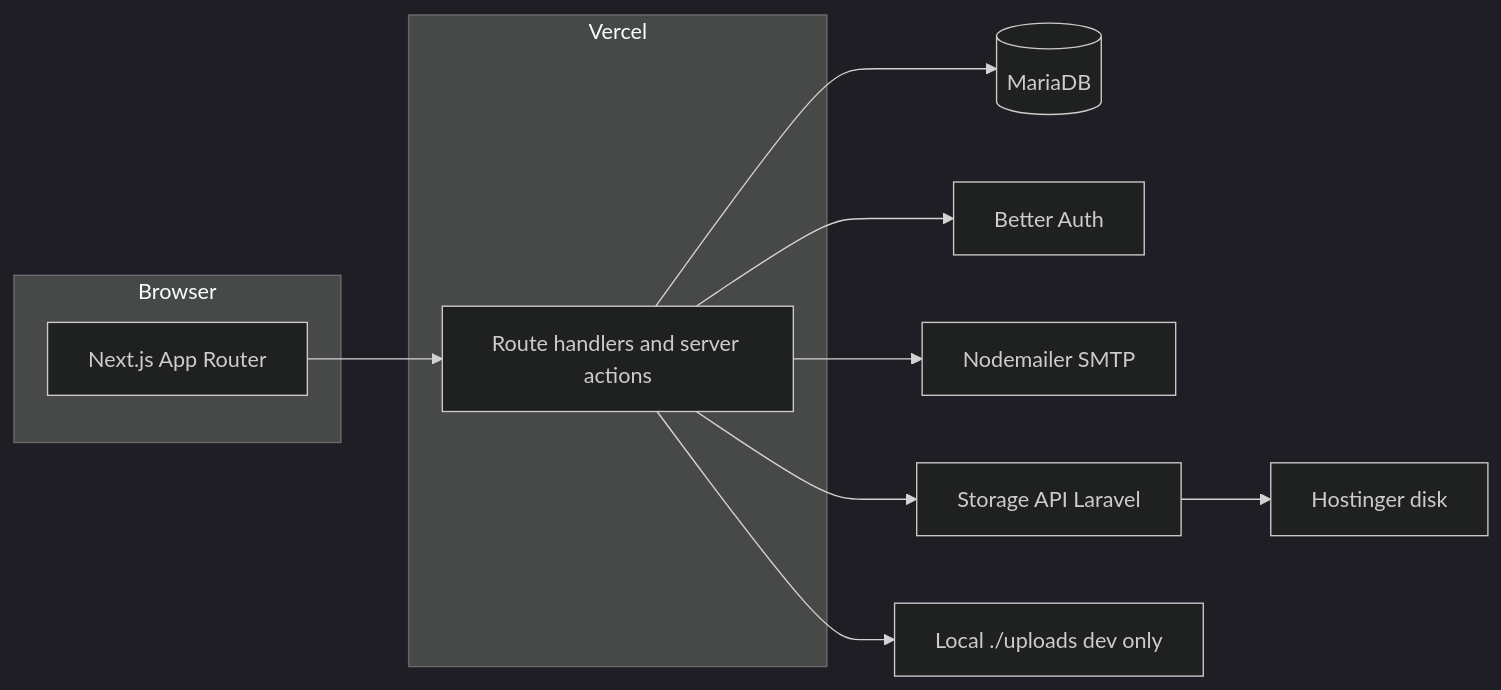
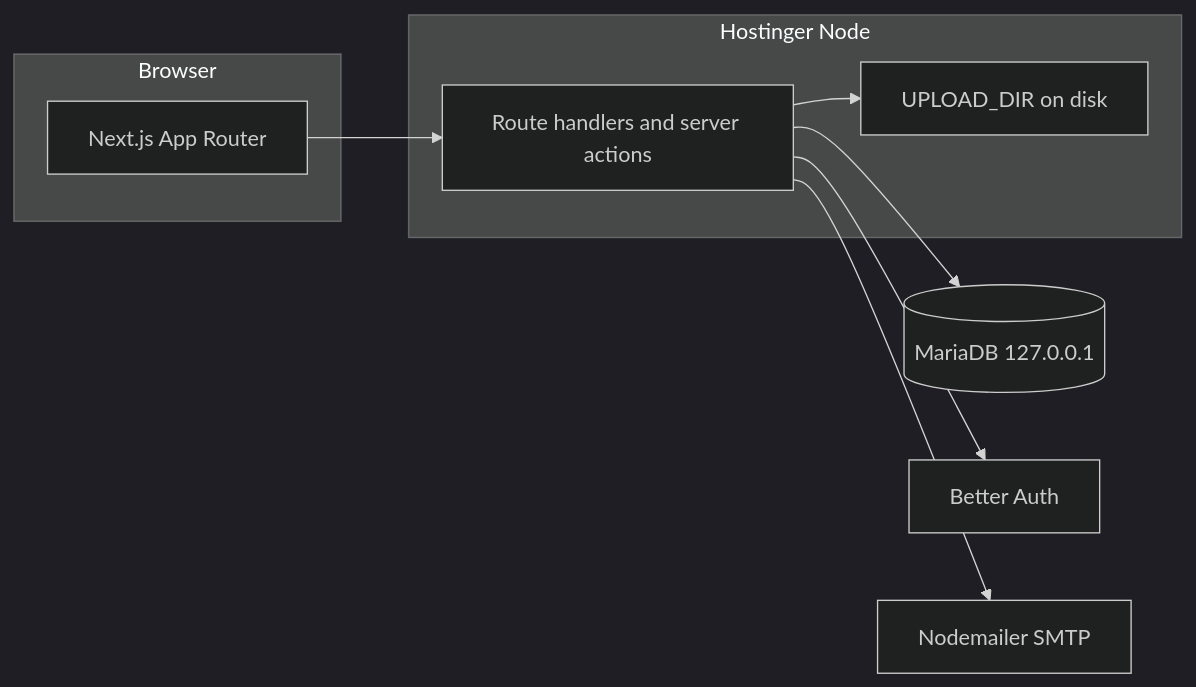
The diagram in README.md (knurdz/marketplace), drawn with Mermaid (dark theme) before and after one commit. The commit also changed other lines of this file and 49 other files, not shown here.

First line of the commit message:
Refactor storage handling and update environment configuration for Hostinger deployment

````diff
--- a/README.md
+++ b/README.md
@@ -48,15 +48,13 @@
 ```mermaid
 flowchart LR
   subgraph client [Browser]
     NextApp[Next.js App Router]
   end
-  subgraph vercel [Vercel]
-  NextApp --> API[Route handlers and server actions]
+  subgraph hostinger [Hostinger Node]
+    NextApp --> API[Route handlers and server actions]
+    API --> UploadDir[UPLOAD_DIR on disk]
   end
-  API --> MariaDB[(MariaDB)]
+  API --> MariaDB[(MariaDB 127.0.0.1)]
   API --> Auth[Better Auth]
   API --> SMTP[Nodemailer SMTP]
-  API --> StorageAPI[Storage API Laravel]
-  StorageAPI --> Disk[Hostinger disk]
-  API --> LocalUploads[Local ./uploads dev only]
 ```
````
